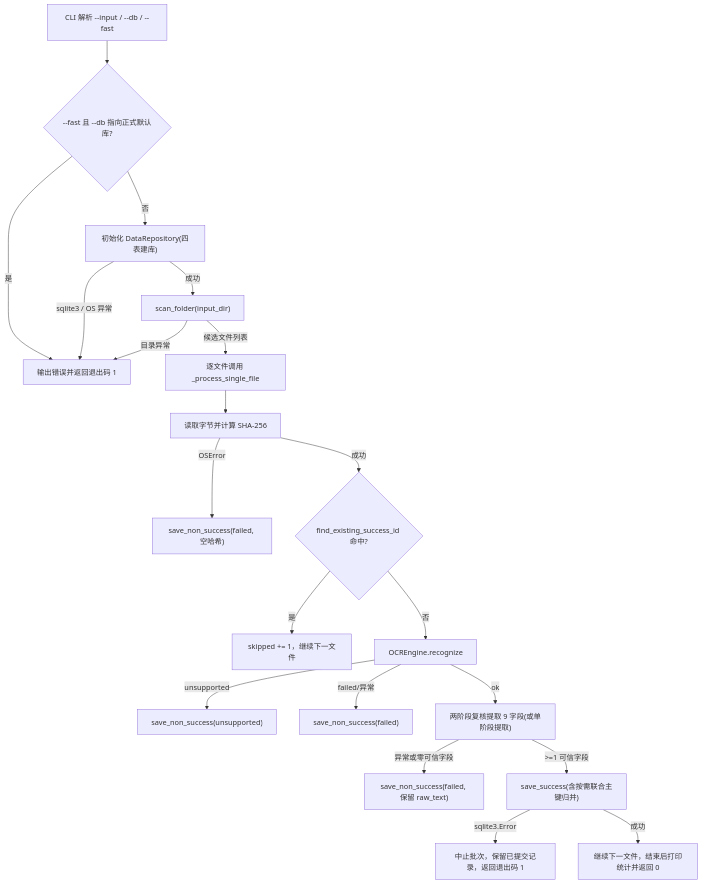
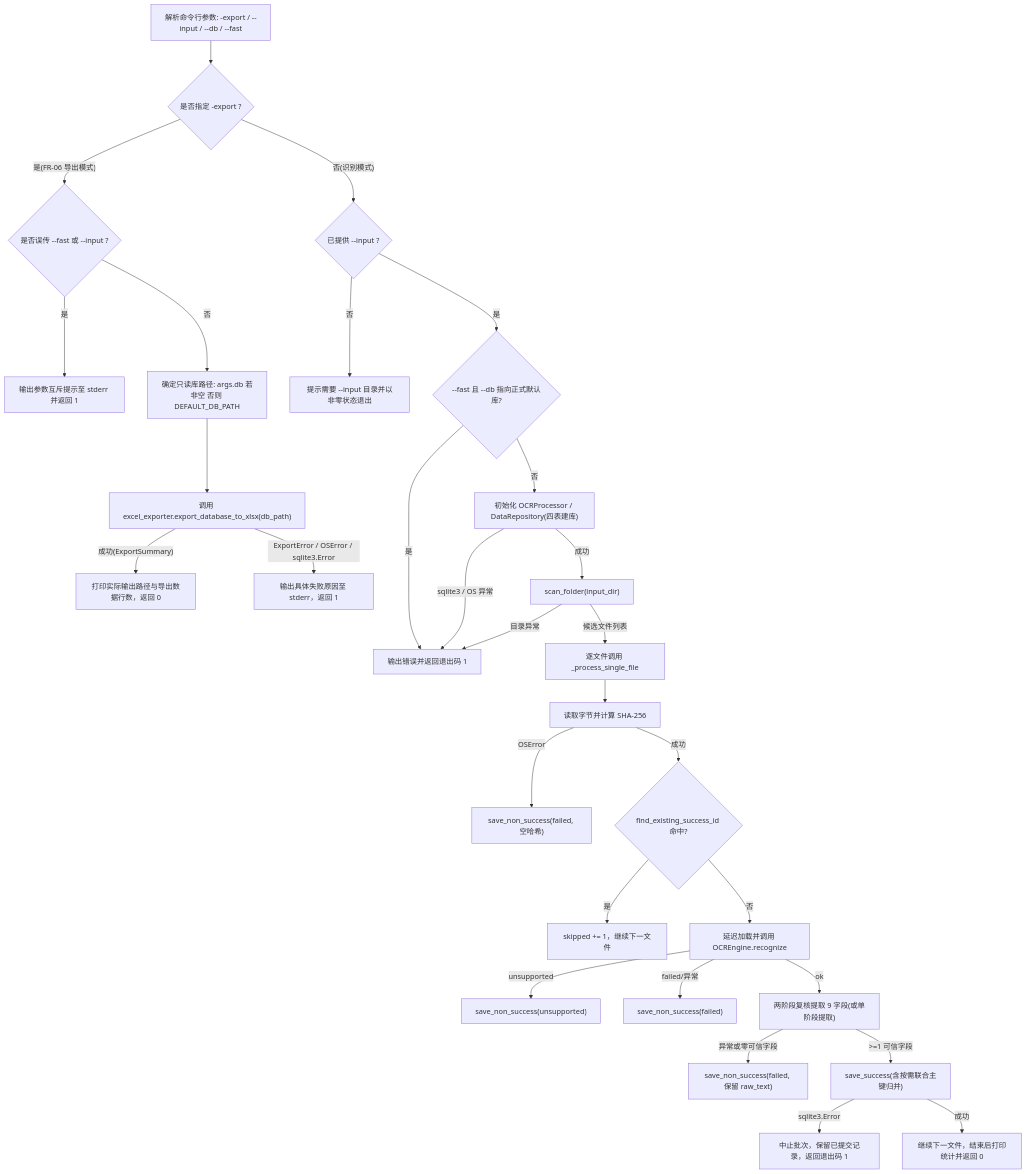
Before and after one commit to fukyor/ocr: diagram 13 of 14 in moduleDesign/prd-md-ocr-snug-cherny.md, drawn with Mermaid. The commit also changed other lines of this file and 19 other files, not shown here.

````diff
--- a/moduleDesign/prd-md-ocr-snug-cherny.md
+++ b/moduleDesign/prd-md-ocr-snug-cherny.md
@@ -833,22 +974,33 @@
 ```mermaid
 flowchart TD
-    CLI["CLI 解析 --input / --db / --fast"] --> FastGuard{"--fast 且 --db 指向正式默认库?"}
+    CLI["解析命令行参数: -export / --input / --db / --fast"] --> Mode{"是否指定 -export ?"}
+
+    Mode -- "是(FR-06 导出模式)" --> ExpConflict{"是否误传 --fast 或 --input ?"}
+    ExpConflict -- "是" --> ExpArgErr["输出参数互斥提示至 stderr 并返回 1"]
+    ExpConflict -- "否" --> ExpDB["确定只读库路径: args.db 若非空 否则 DEFAULT_DB_PATH"]
+    ExpDB --> RunExport["调用 excel_exporter.export_database_to_xlsx(db_path)"]
+    RunExport -- "成功(ExportSummary)" --> PrintExpOk["打印实际输出路径与导出数据行数，返回 0"]
+    RunExport -- "ExportError / OSError / sqlite3.Error" --> PrintExpErr["输出具体失败原因至 stderr，返回 1"]
+
+    Mode -- "否(识别模式)" --> Input{"已提供 --input ?"}
+    Input -- "否" --> ArgErr["提示需要 --input 目录并以非零状态退出"]
+    Input -- "是" --> FastGuard{"--fast 且 --db 指向正式默认库?"}
     FastGuard -- "是" --> ExitErr["输出错误并返回退出码 1"]
-    FastGuard -- "否" --> InitDB["初始化 DataRepository(四表建库)"]
+    FastGuard -- "否" --> InitDB["初始化 OCRProcessor / DataRepository(四表建库)"]
     InitDB -- "sqlite3 / OS 异常" --> ExitErr
     InitDB -- "成功" --> Scan["scan_folder(input_dir)"]
     Scan -- "目录异常" --> ExitErr
     Scan -- "候选文件列表" --> Loop["逐文件调用 _process_single_file"]
     Loop --> Read["读取字节并计算 SHA-256"]
     Read -- "OSError" --> SaveReadFail["save_non_success(failed, 空哈希)"]
     Read -- "成功" --> Idem{"find_existing_success_id 命中?"}
     Idem -- "是" --> StatSkip["skipped += 1，继续下一文件"]
-    Idem -- "否" --> RunOCR["OCREngine.recognize"]
+    Idem -- "否" --> RunOCR["延迟加载并调用 OCREngine.recognize"]
     RunOCR -- "unsupported" --> SaveUnsup["save_non_success(unsupported)"]
     RunOCR -- "failed/异常" --> SaveOCRFail["save_non_success(failed)"]
     RunOCR -- "ok" --> RunExt["两阶段复核提取 9 字段(或单阶段提取)"]
     RunExt -- "异常或零可信字段" --> SaveExtFail["save_non_success(failed, 保留 raw_text)"]
     RunExt -- ">=1 可信字段" --> SaveOk["save_success(含按需联合主键归并)"]
     SaveOk -- "sqlite3.Error" --> BatchFail["中止批次，保留已提交记录，返回退出码 1"]
     SaveOk -- "成功" --> Next["继续下一文件，结束后打印统计并返回 0"]
 ```
````
